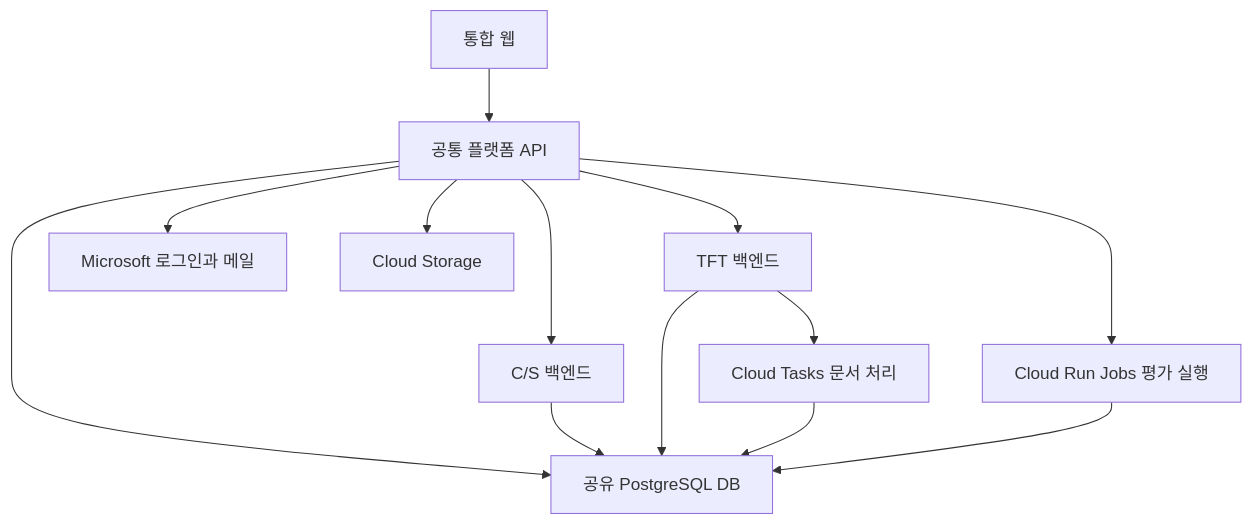
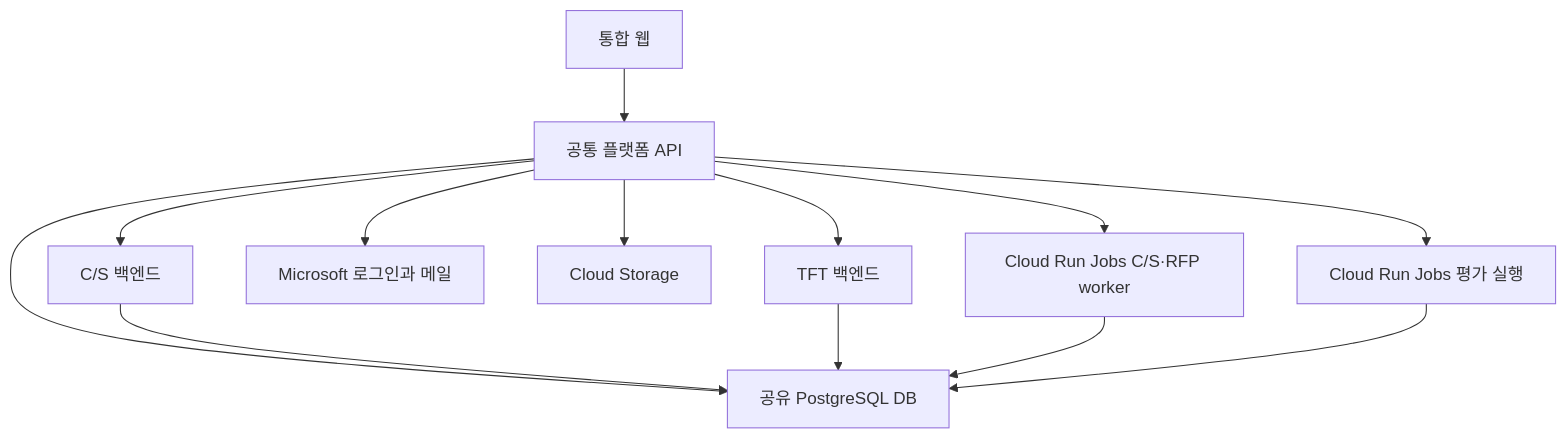
One commit to LS-Final-Project/ls-final-project changed the diagram in docs/decisions.md. Above: the diagram before and after it, drawn with Mermaid. The commit also changed other lines of this file and 4 other files, not shown here.

````diff
--- a/docs/decisions.md
+++ b/docs/decisions.md
@@ -61,15 +61,15 @@
 ```mermaid
 flowchart TD
     W[통합 웹] --> P[공통 플랫폼 API]
     P --> C[C/S 백엔드]
     P --> T[TFT 백엔드]
     P --> D[공유 PostgreSQL DB]
     C --> D
     T --> D
     P --> M[Microsoft 로그인과 메일]
     P --> F[Cloud Storage]
-    T --> Q[Cloud Tasks 문서 처리]
+    P --> Q[Cloud Run Jobs C/S·RFP worker]
     P --> J[Cloud Run Jobs 평가 실행]
     Q --> D
     J --> D
 ```
````
